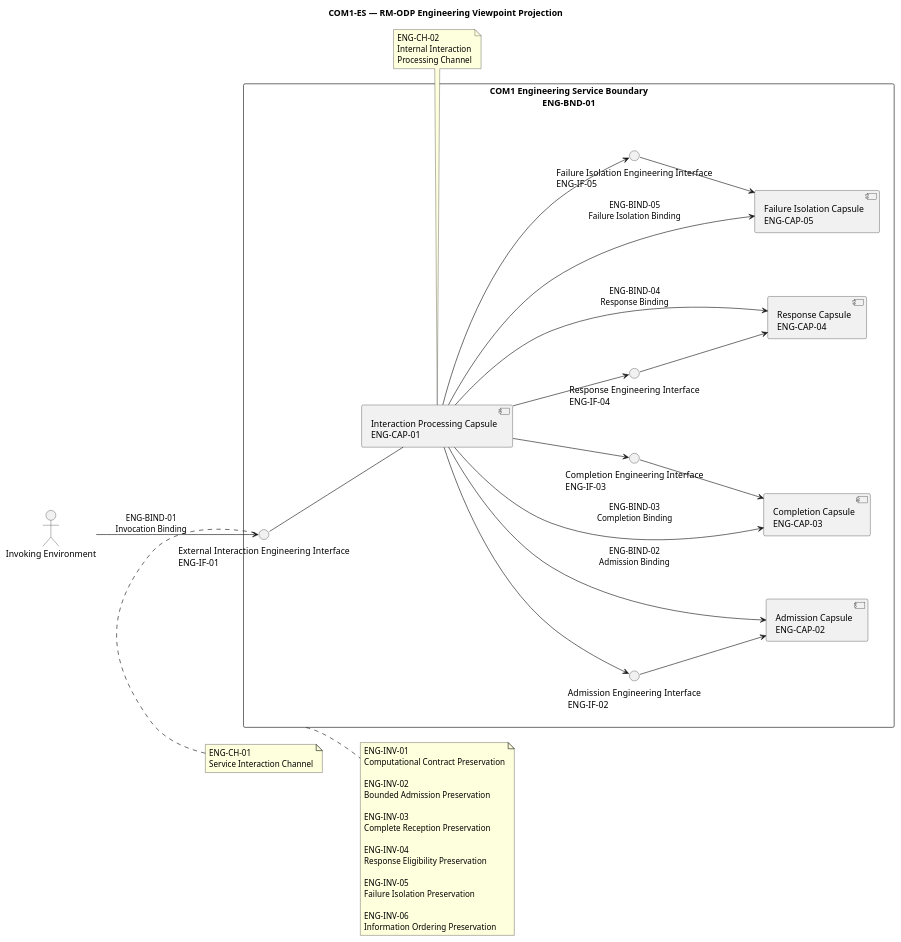
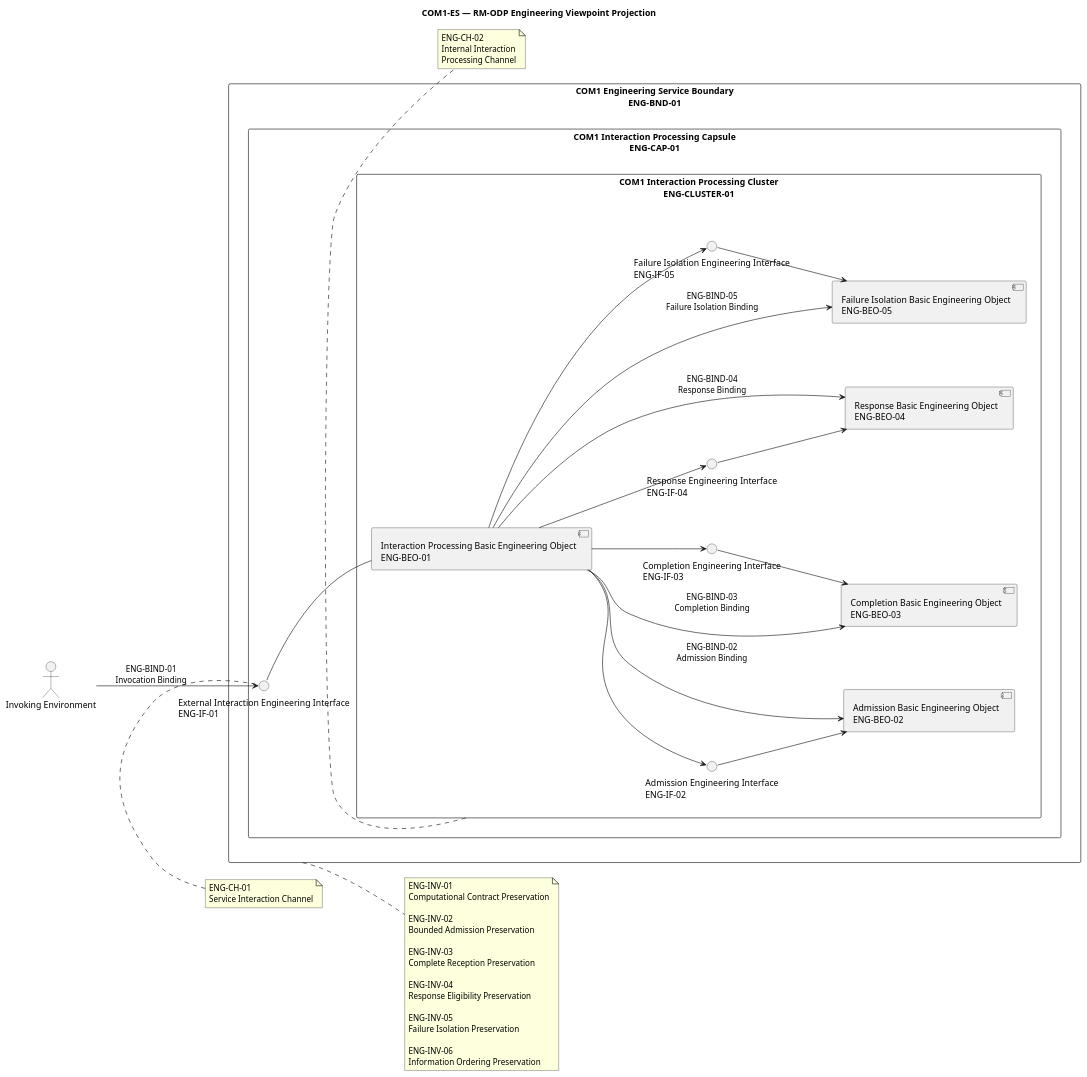
One commit to f8tf-bouhdadi/f8tf-engineering-fabric changed the diagram in products/com/engineering-services/COM1-ES/uml/engineering.puml. Above: the diagram before and after it, drawn with PlantUML. The commit also changed 12 other files, not shown here.

```diff
--- a/products/com/engineering-services/COM1-ES/uml/engineering.puml
+++ b/products/com/engineering-services/COM1-ES/uml/engineering.puml
@@ -1,75 +1,82 @@
 @startuml
 title COM1-ES — RM-ODP Engineering Viewpoint Projection
 
 left to right direction
 
 rectangle "COM1 Engineering Service Boundary\nENG-BND-01" as Boundary {
 
-  component "Interaction Processing Capsule\nENG-CAP-01" as Processing
-  component "Admission Capsule\nENG-CAP-02" as Admission
-  component "Completion Capsule\nENG-CAP-03" as Completion
-  component "Response Capsule\nENG-CAP-04" as Response
-  component "Failure Isolation Capsule\nENG-CAP-05" as Isolation
+  rectangle "COM1 Interaction Processing Capsule\nENG-CAP-01" as Capsule {
 
-  interface "External Interaction Engineering Interface\nENG-IF-01" as IF1
-  interface "Admission Engineering Interface\nENG-IF-02" as IF2
-  interface "Completion Engineering Interface\nENG-IF-03" as IF3
-  interface "Response Engineering Interface\nENG-IF-04" as IF4
-  interface "Failure Isolation Engineering Interface\nENG-IF-05" as IF5
+    rectangle "COM1 Interaction Processing Cluster\nENG-CLUSTER-01" as Cluster {
 
-  IF1 -- Processing
+      component "Interaction Processing Basic Engineering Object\nENG-BEO-01" as Processing
+      component "Admission Basic Engineering Object\nENG-BEO-02" as Admission
+      component "Completion Basic Engineering Object\nENG-BEO-03" as Completion
+      component "Response Basic Engineering Object\nENG-BEO-04" as Response
+      component "Failure Isolation Basic Engineering Object\nENG-BEO-05" as Isolation
 
-  Processing --> IF2
-  IF2 --> Admission
+      interface "Admission Engineering Interface\nENG-IF-02" as IF2
+      interface "Completion Engineering Interface\nENG-IF-03" as IF3
+      interface "Response Engineering Interface\nENG-IF-04" as IF4
+      interface "Failure Isolation Engineering Interface\nENG-IF-05" as IF5
 
-  Processing --> IF3
-  IF3 --> Completion
+      Processing --> IF2
+      IF2 --> Admission
 
-  Processing --> IF4
-  IF4 --> Response
+      Processing --> IF3
+      IF3 --> Completion
 
-  Processing --> IF5
-  IF5 --> Isolation
+      Processing --> IF4
+      IF4 --> Response
+
+      Processing --> IF5
+      IF5 --> Isolation
+    }
+
+    interface "External Interaction Engineering Interface\nENG-IF-01" as IF1
+
+    IF1 -- Processing
+  }
 }
 
 actor "Invoking Environment" as Invoker
 
 Invoker --> IF1 : ENG-BIND-01\nInvocation Binding
 
 Processing --> Admission : ENG-BIND-02\nAdmission Binding
 Processing --> Completion : ENG-BIND-03\nCompletion Binding
 Processing --> Response : ENG-BIND-04\nResponse Binding
 Processing --> Isolation : ENG-BIND-05\nFailure Isolation Binding
 
 note top of IF1
 ENG-CH-01
 Service Interaction Channel
 end note
 
-note bottom of Processing
+note bottom of Cluster
 ENG-CH-02
 Internal Interaction
 Processing Channel
 end note
 
 note right of Boundary
 ENG-INV-01
 Computational Contract Preservation
 
 ENG-INV-02
 Bounded Admission Preservation
 
 ENG-INV-03
 Complete Reception Preservation
 
 ENG-INV-04
 Response Eligibility Preservation
 
 ENG-INV-05
 Failure Isolation Preservation
 
 ENG-INV-06
 Information Ordering Preservation
 end note
 
 @enduml
```
